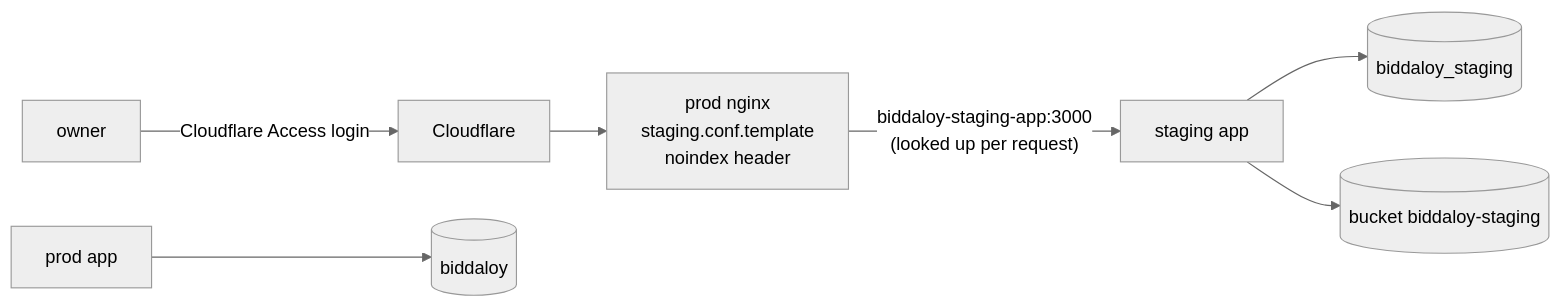
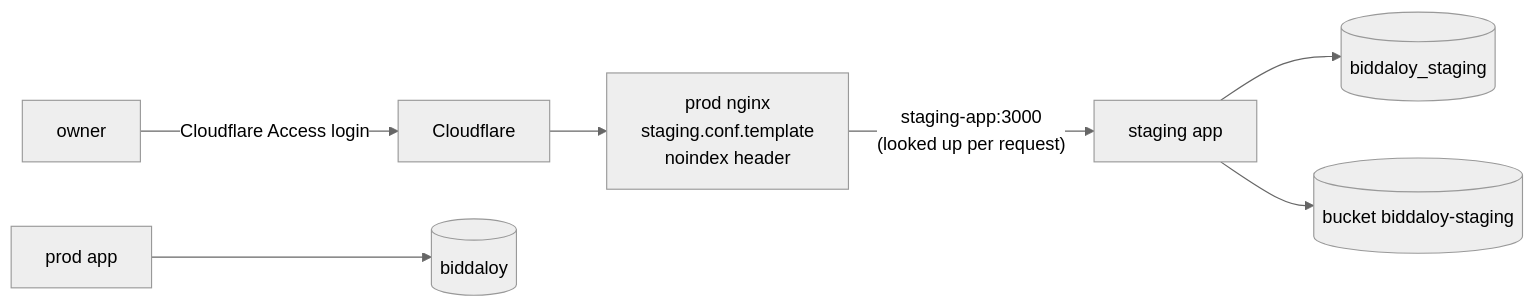
Before and after one commit to tareq89/biddaloy: the seventh of 10 diagrams in docs/architecture/07-deployment.md, drawn with Mermaid (neutral theme). The commit also changed other lines of this file and 26 other files, not shown here.

````diff
--- a/docs/architecture/07-deployment.md
+++ b/docs/architecture/07-deployment.md
@@ -380,9 +401,9 @@
 ```mermaid
 flowchart LR
   O[owner] -->|Cloudflare Access login| CF[Cloudflare]
   CF --> N["prod nginx<br/>staging.conf.template<br/>noindex header"]
-  N -->|"biddaloy-staging-app:3000<br/>(looked up per request)"| SA[staging app]
+  N -->|"staging-app:3000<br/>(looked up per request)"| SA[staging app]
   SA --> SD[(biddaloy_staging)]
   SA --> SB[(bucket biddaloy-staging)]
   P[prod app] --> PD[(biddaloy)]
 ```
````
